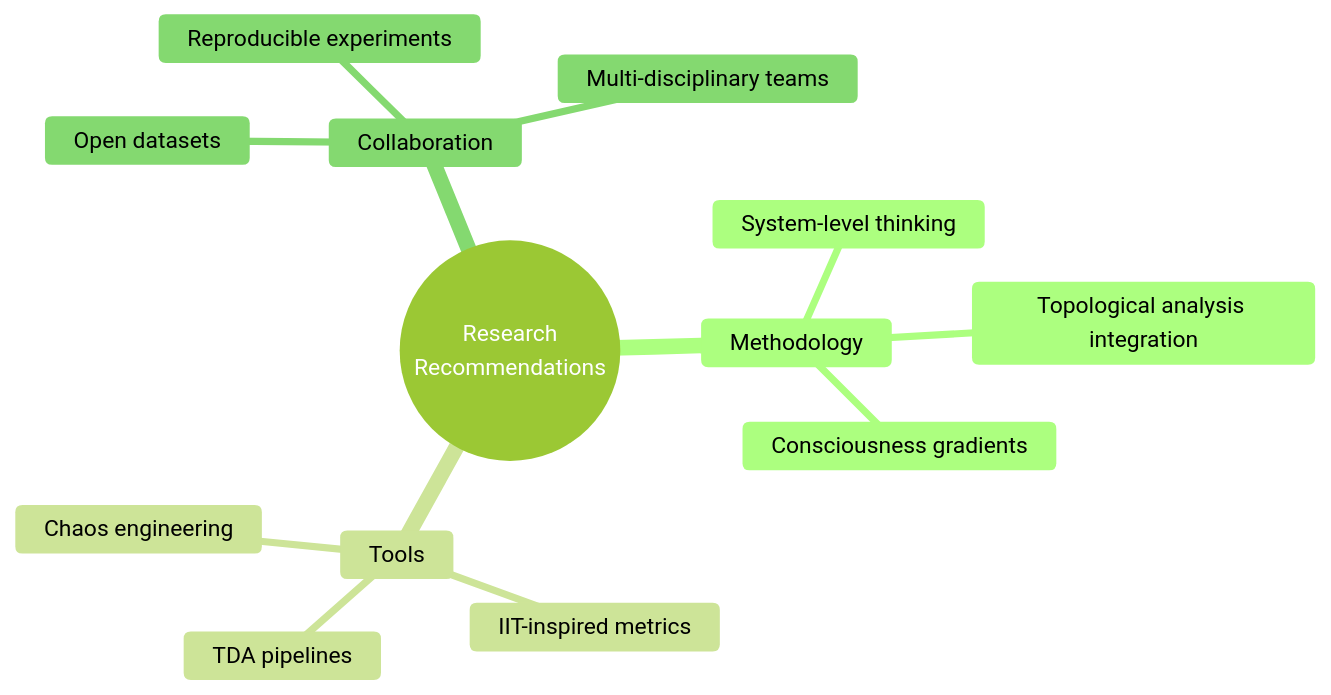
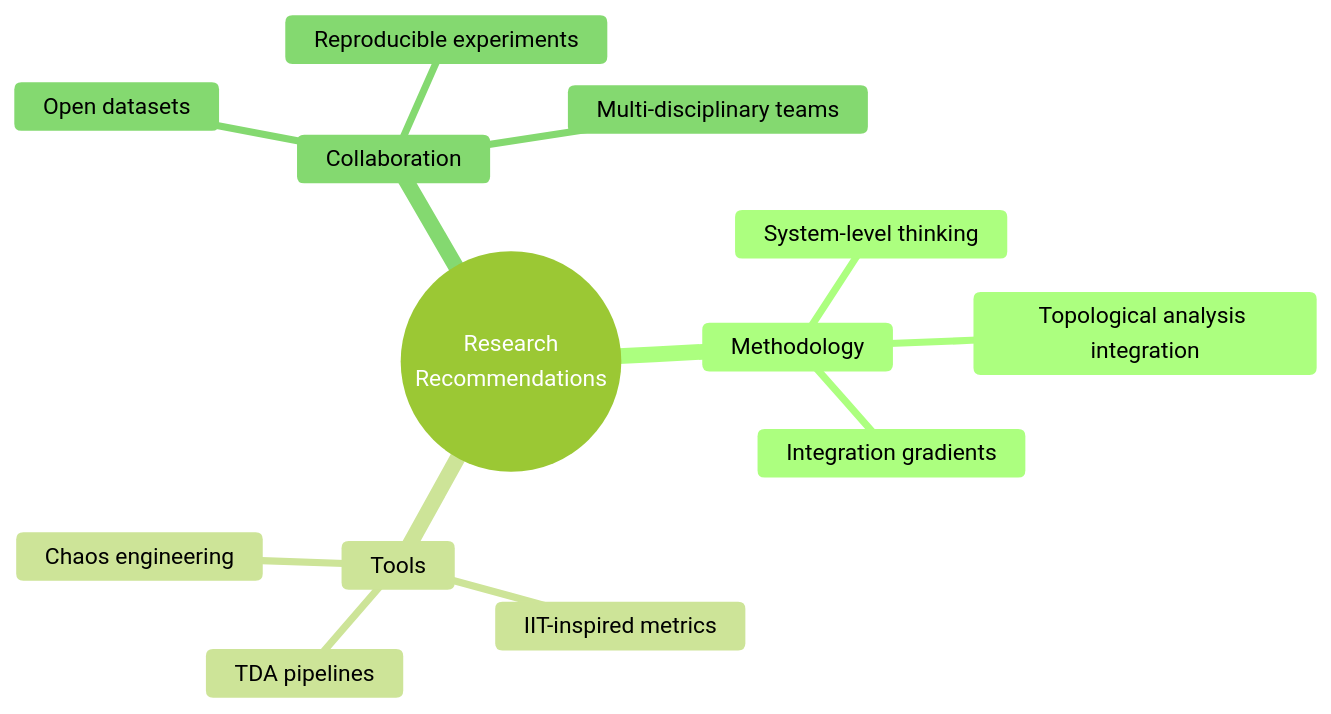
Before and after one commit to topstolenname/agisa_sac: diagram 34 of 39 in docs/Mindlink_Paper.md, drawn with Mermaid (forest theme). The commit also changed other lines of this file and 19 other files, not shown here.

````diff
--- a/docs/Mindlink_Paper.md
+++ b/docs/Mindlink_Paper.md
@@ -2365,16 +2371,16 @@
 ```mermaid
 mindmap
   root((Research<br/>Recommendations))
     Methodology
       System-level thinking
       Topological analysis integration
-      Consciousness gradients
+      Integration gradients
     Tools
       TDA pipelines
       IIT-inspired metrics
       Chaos engineering
     Collaboration
       Open datasets
       Reproducible experiments
       Multi-disciplinary teams
 ```
````
